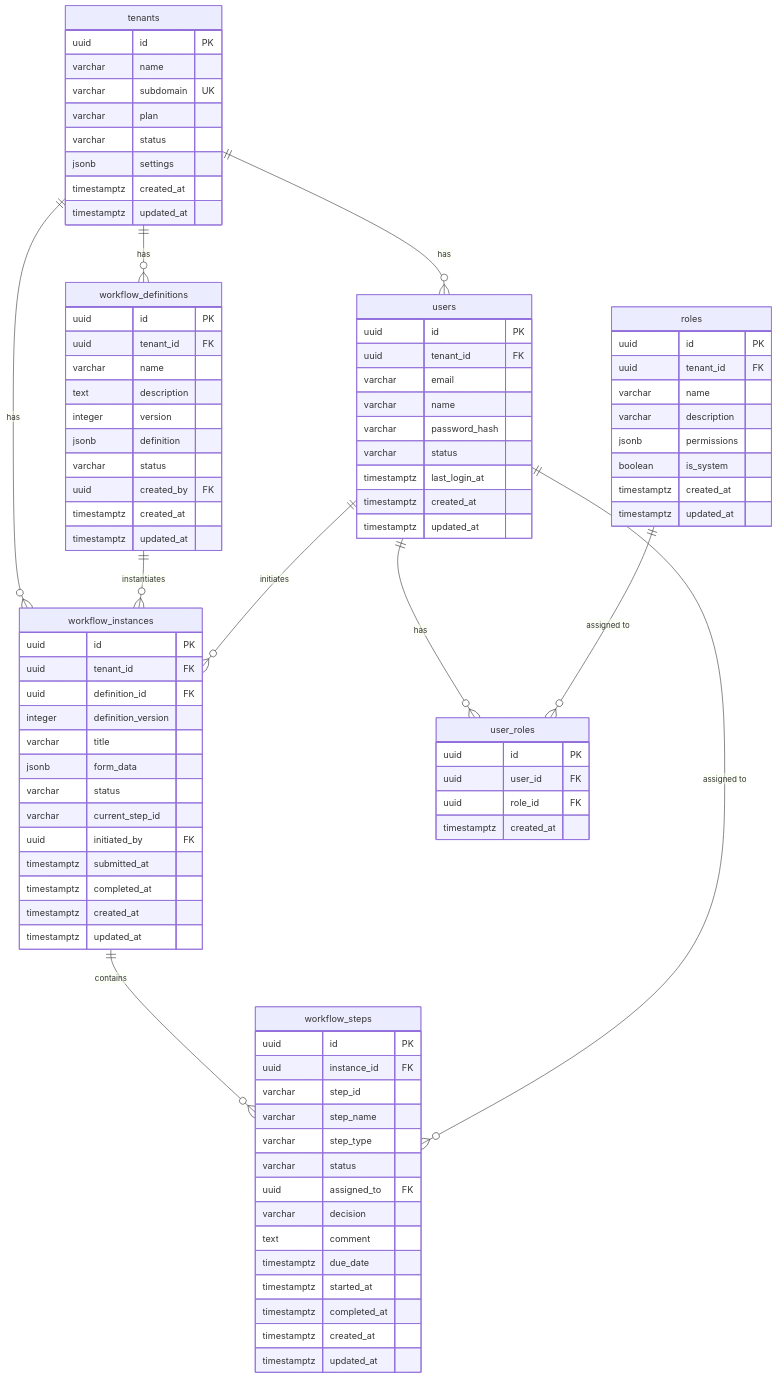
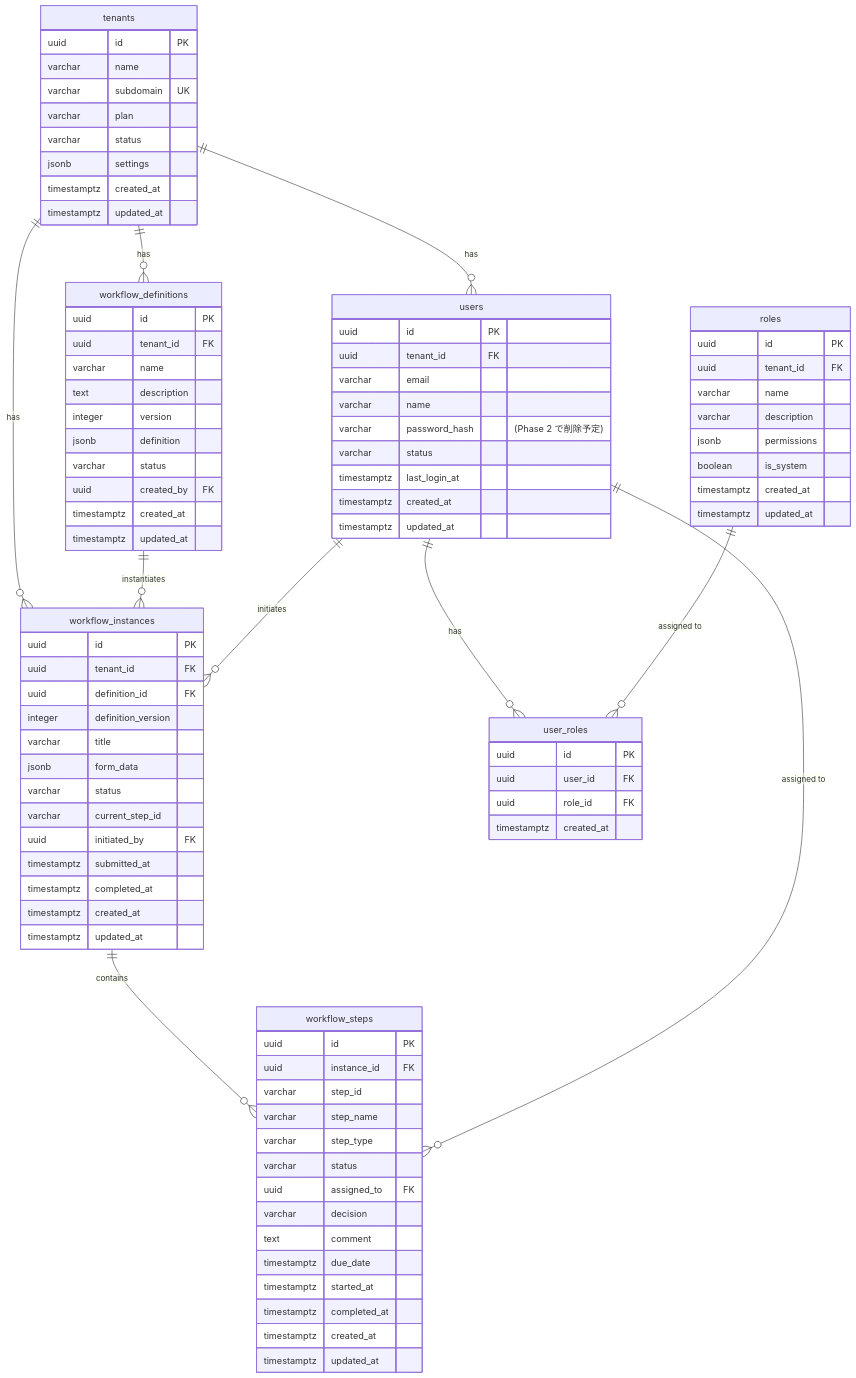
One commit to ka2kama/ringiflow changed the first of 2 diagrams in docs/03_詳細設計書/02_データベース設計.md. Above: the diagram before and after it, drawn with Mermaid. The commit also changed other lines of this file and 11 other files, not shown here.

```diff
--- a/docs/03_詳細設計書/02_データベース設計.md
+++ b/docs/03_詳細設計書/02_データベース設計.md
@@ -67,7 +70,7 @@
         uuid tenant_id FK
         varchar email
         varchar name
-        varchar password_hash
+        varchar password_hash "(Phase 2 で削除予定)"
         varchar status
         timestamptz last_login_at
         timestamptz created_at
```
